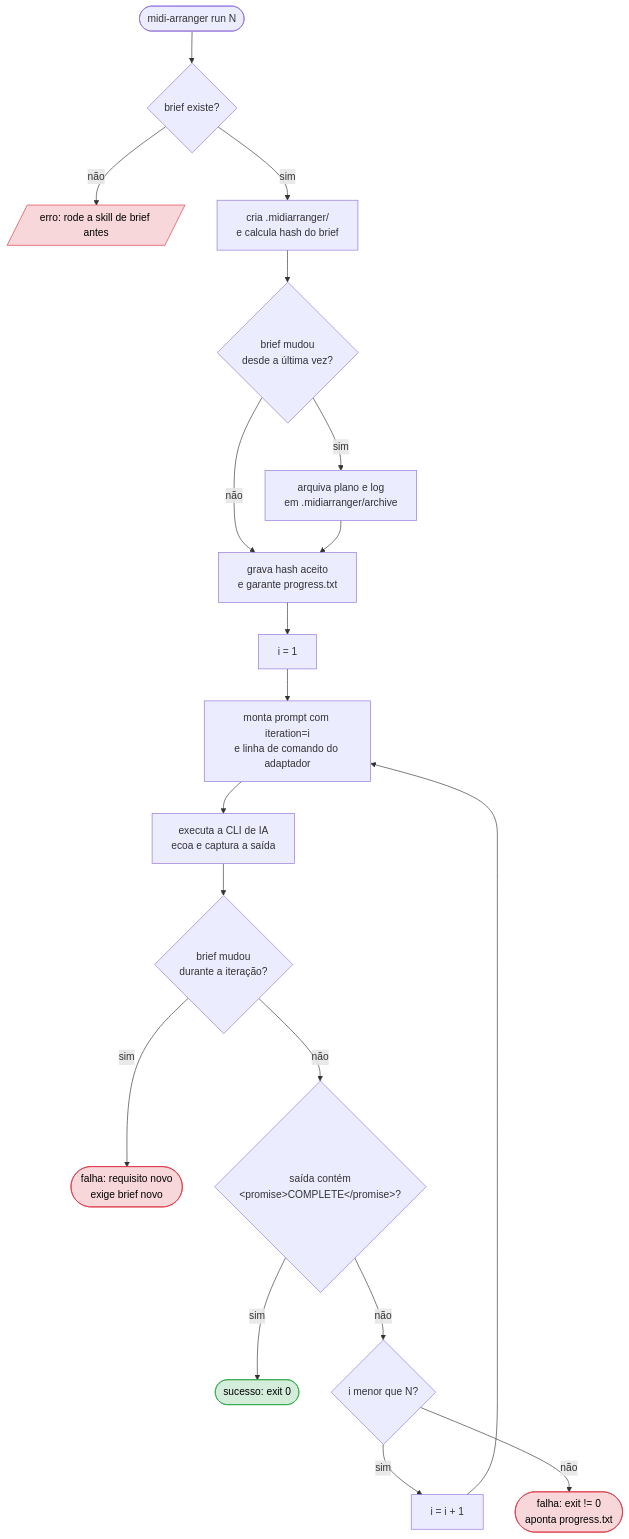
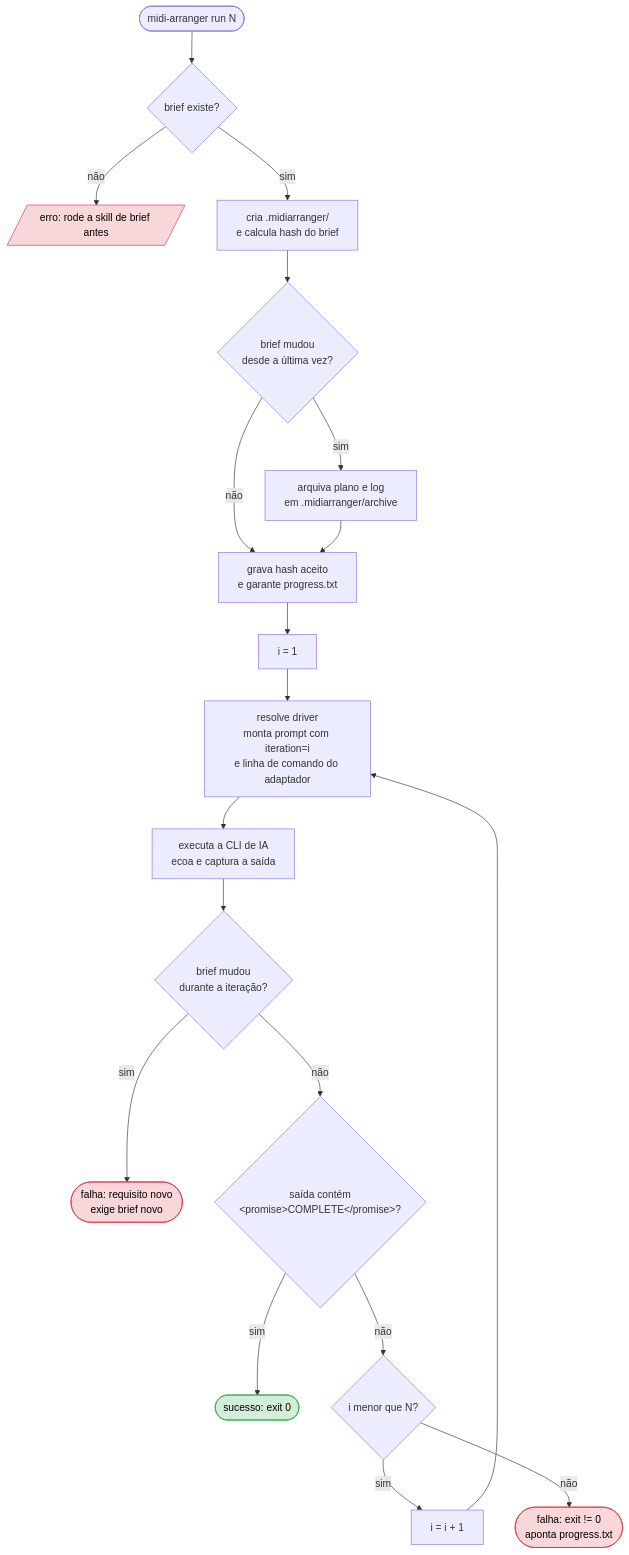
One commit to OvictorVieira/midi.arranger.cli changed the second of 5 diagrams in docs/fluxo-harness.md. Above: the diagram before and after it, drawn with Mermaid. The commit also changed other lines of this file and 4 other files, not shown here.

Commit message:
feat: resolve run prompt drivers

````diff
--- a/docs/fluxo-harness.md
+++ b/docs/fluxo-harness.md
@@ -42,26 +42,26 @@
 ```mermaid
 flowchart TD
     Start([midi-arranger run N]) --> Check{brief existe?}
     Check -->|não| Die[/erro: rode a skill de brief antes/]
     Check -->|sim| State[cria .midiarranger/<br/>e calcula hash do brief]
     State --> Arch{brief mudou<br/>desde a última vez?}
     Arch -->|sim| Archive[arquiva plano e log<br/>em .midiarranger/archive]
     Arch -->|não| Progress
     Archive --> Progress[grava hash aceito<br/>e garante progress.txt]
     Progress --> Loop
 
-    Loop[i = 1] --> Invoke[monta prompt com iteration=i<br/>e linha de comando do adaptador]
+    Loop[i = 1] --> Invoke[resolve driver<br/>monta prompt com iteration=i<br/>e linha de comando do adaptador]
     Invoke --> Run[executa a CLI de IA<br/>ecoa e captura a saída]
     Run --> RO{brief mudou<br/>durante a iteração?}
     RO -->|sim| BriefFail([falha: requisito novo<br/>exige brief novo])
     RO -->|não| Sentinel{saída contém<br/>&lt;promise&gt;COMPLETE&lt;/promise&gt;?}
     Sentinel -->|sim| Done([sucesso: exit 0])
     Sentinel -->|não| Next{i menor que N?}
     Next -->|sim| Inc[i = i + 1] --> Invoke
     Next -->|não| Fail([falha: exit != 0<br/>aponta progress.txt])
 
     style Done fill:#d4edda,stroke:#28a745,color:#000
     style Fail fill:#f8d7da,stroke:#dc3545,color:#000
     style BriefFail fill:#f8d7da,stroke:#dc3545,color:#000
     style Die fill:#f8d7da,stroke:#dc3545,color:#000
 ```
````
